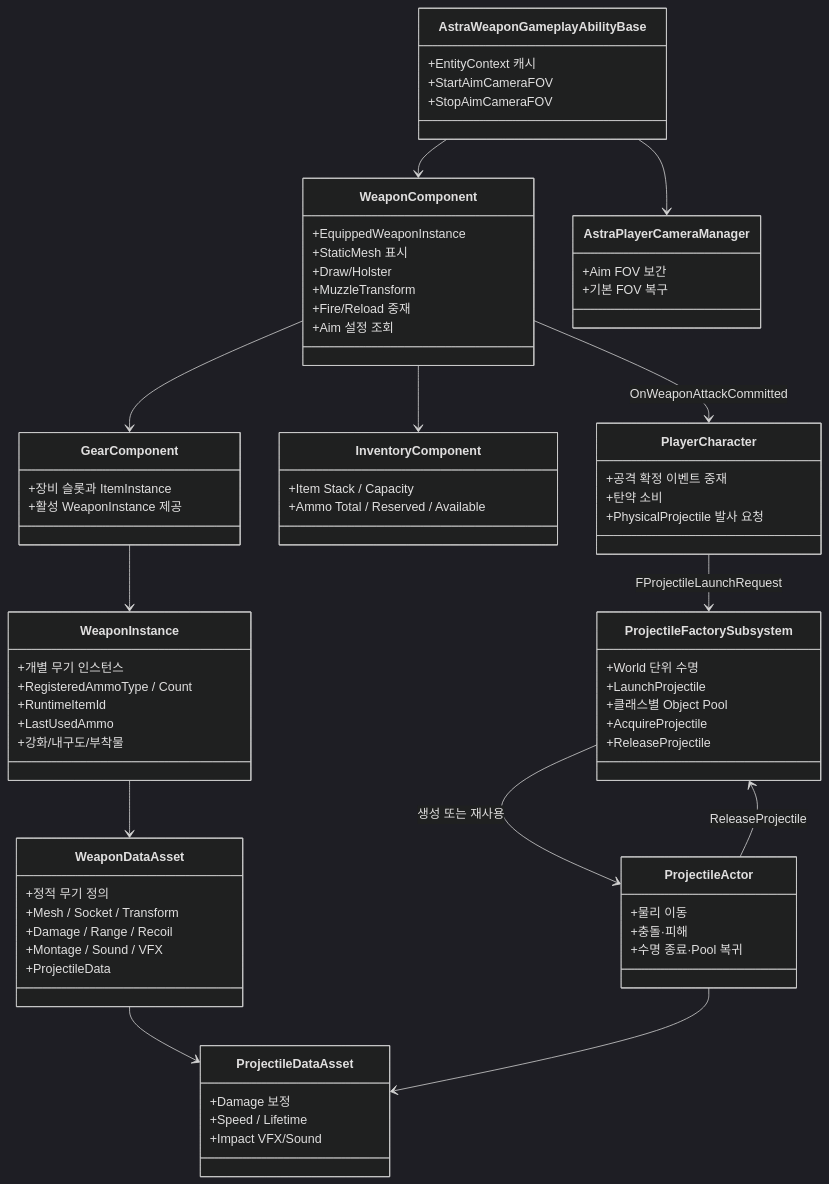
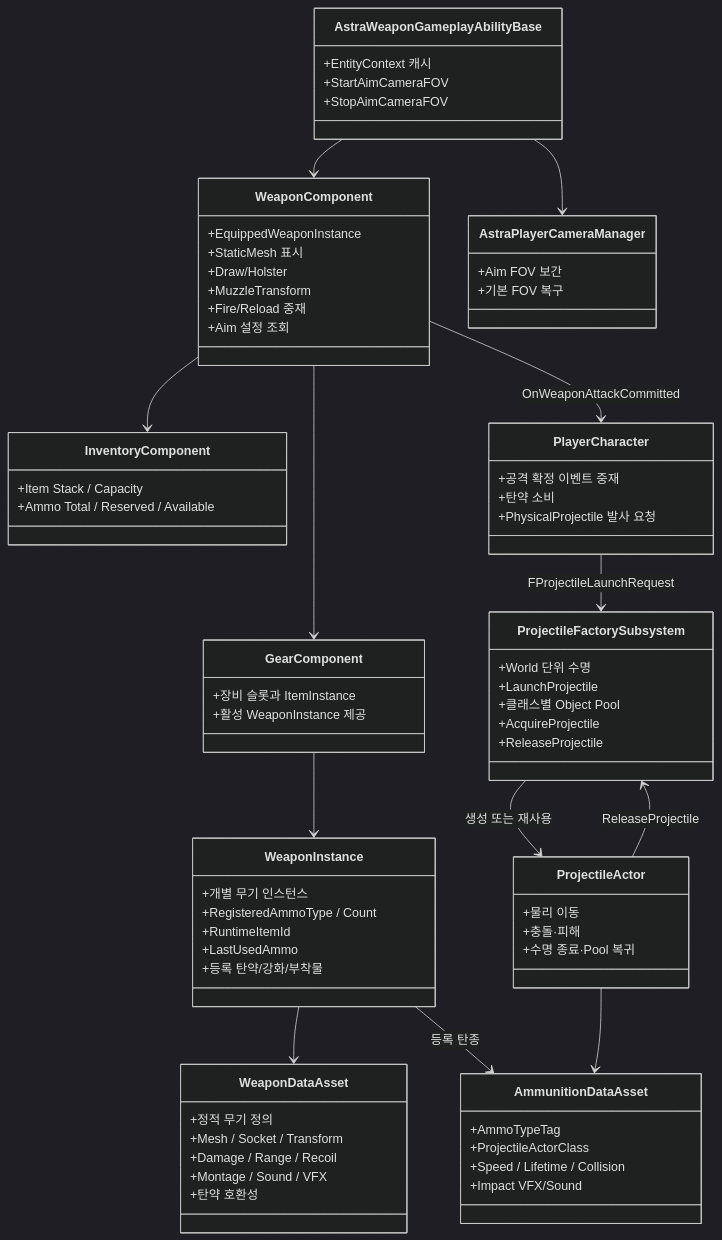
The second of 4 diagrams in Wiki/03_시스템 설계/무기.md (liang2papa/Astra_Docs), drawn with Mermaid (dark theme) before and after one commit. The commit also changed other lines of this file and 22 other files, not shown here.

````diff
--- a/Wiki/03_시스템 설계/무기.md
+++ b/Wiki/03_시스템 설계/무기.md
@@ -85,77 +85,78 @@
 ```mermaid
 classDiagram
     class WeaponDataAsset {
         +정적 무기 정의
         +Mesh / Socket / Transform
         +Damage / Range / Recoil
         +Montage / Sound / VFX
-        +ProjectileData
+        +탄약 호환성
     }
     class WeaponInstance {
         +개별 무기 인스턴스
         +RegisteredAmmoType / Count
         +RuntimeItemId
         +LastUsedAmmo
-        +강화/내구도/부착물
+        +등록 탄약/강화/부착물
     }
     class GearComponent {
         +장비 슬롯과 ItemInstance
         +활성 WeaponInstance 제공
     }
     class InventoryComponent {
         +Item Stack / Capacity
         +Ammo Total / Reserved / Available
     }
     class WeaponComponent {
         +EquippedWeaponInstance
         +StaticMesh 표시
         +Draw/Holster
         +MuzzleTransform
         +Fire/Reload 중재
         +Aim 설정 조회
     }
     class AstraWeaponGameplayAbilityBase {
         +EntityContext 캐시
         +StartAimCameraFOV
         +StopAimCameraFOV
     }
     class AstraPlayerCameraManager {
         +Aim FOV 보간
         +기본 FOV 복구
     }
-    class ProjectileDataAsset {
-        +Damage 보정
-        +Speed / Lifetime
+    class AmmunitionDataAsset {
+        +AmmoTypeTag
+        +ProjectileActorClass
+        +Speed / Lifetime / Collision
         +Impact VFX/Sound
     }
     class ProjectileActor {
         +물리 이동
         +충돌·피해
         +수명 종료·Pool 복귀
     }
     class ProjectileFactorySubsystem {
         +World 단위 수명
         +LaunchProjectile
         +클래스별 Object Pool
         +AcquireProjectile
         +ReleaseProjectile
     }
     class PlayerCharacter {
         +공격 확정 이벤트 중재
         +탄약 소비
         +PhysicalProjectile 발사 요청
     }
 
     WeaponInstance --> WeaponDataAsset
     GearComponent --> WeaponInstance
     WeaponComponent --> GearComponent
     WeaponComponent --> InventoryComponent
-    WeaponDataAsset --> ProjectileDataAsset
+    WeaponInstance --> AmmunitionDataAsset : 등록 탄종
     WeaponComponent --> PlayerCharacter : OnWeaponAttackCommitted
     PlayerCharacter --> ProjectileFactorySubsystem : FProjectileLaunchRequest
     ProjectileFactorySubsystem --> ProjectileActor : 생성 또는 재사용
     AstraWeaponGameplayAbilityBase --> WeaponComponent
     AstraWeaponGameplayAbilityBase --> AstraPlayerCameraManager
-    ProjectileActor --> ProjectileDataAsset
+    ProjectileActor --> AmmunitionDataAsset
     ProjectileActor --> ProjectileFactorySubsystem : ReleaseProjectile
 ```
````
